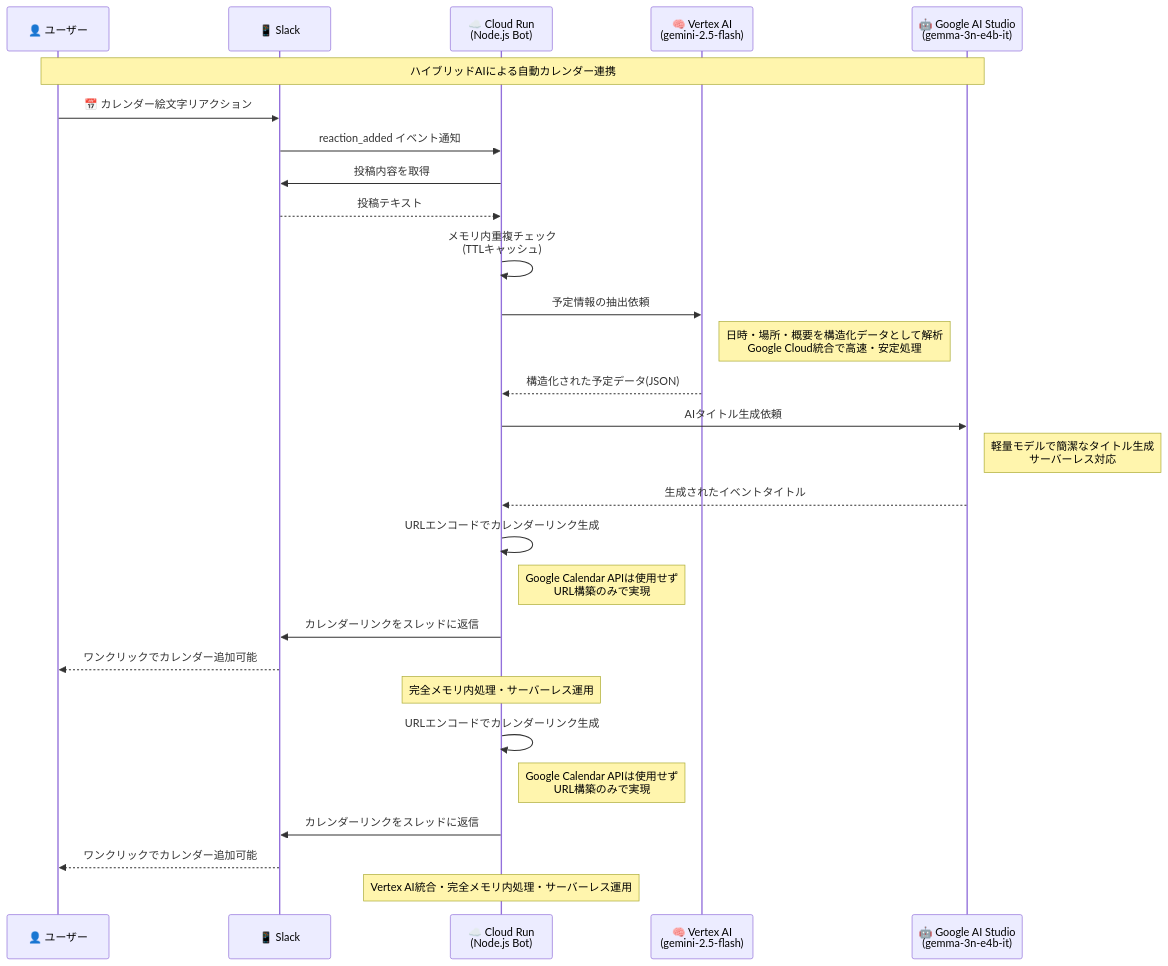
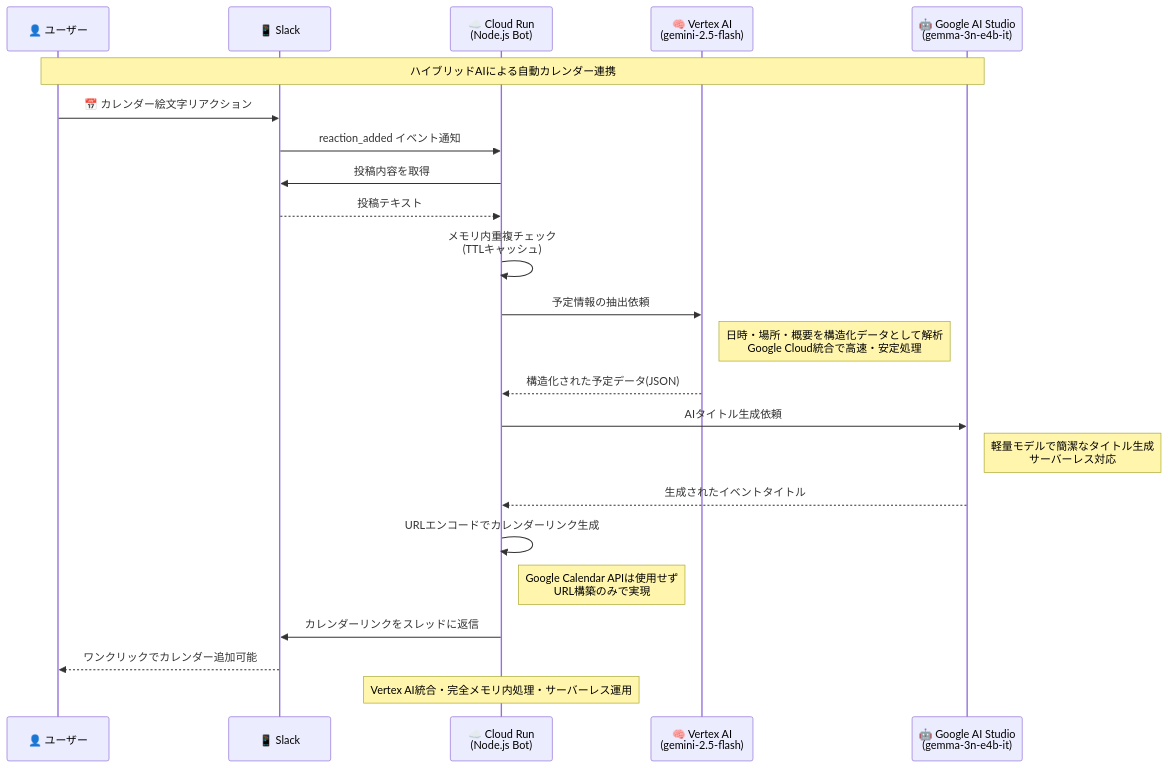
Before and after one commit to matsuvr/calendar-slack-bot: the first of 5 diagrams in README.md, drawn with Mermaid.

````diff
--- a/README.md
+++ b/README.md
@@ -23,42 +23,34 @@
 ```mermaid
 sequenceDiagram
     participant User as 👤 ユーザー
     participant Slack as 📱 Slack
     participant CloudRun as ☁️ Cloud Run<br/>(Node.js Bot)
     participant VertexAI as 🧠 Vertex AI<br/>(gemini-2.5-flash)
     participant GoogleAI as 🤖 Google AI Studio<br/>(gemma-3n-e4b-it)
 
     Note over User,GoogleAI: ハイブリッドAIによる自動カレンダー連携
 
     User->>Slack: 📅 カレンダー絵文字リアクション
     Slack->>CloudRun: reaction_added イベント通知
     
     CloudRun->>Slack: 投稿内容を取得
     Slack-->>CloudRun: 投稿テキスト
     
     CloudRun->>CloudRun: メモリ内重複チェック<br/>(TTLキャッシュ)
     
     CloudRun->>VertexAI: 予定情報の抽出依頼
     Note right of VertexAI: 日時・場所・概要を構造化データとして解析<br/>Google Cloud統合で高速・安定処理
     VertexAI-->>CloudRun: 構造化された予定データ(JSON)
     
     CloudRun->>GoogleAI: AIタイトル生成依頼
     Note right of GoogleAI: 軽量モデルで簡潔なタイトル生成<br/>サーバーレス対応
     GoogleAI-->>CloudRun: 生成されたイベントタイトル
     
     CloudRun->>CloudRun: URLエンコードでカレンダーリンク生成
     Note right of CloudRun: Google Calendar APIは使用せず<br/>URL構築のみで実現
     
     CloudRun->>Slack: カレンダーリンクをスレッドに返信
     Slack-->>User: ワンクリックでカレンダー追加可能
     
-    Note over CloudRun: 完全メモリ内処理・サーバーレス運用
-    
-    CloudRun->>CloudRun: URLエンコードでカレンダーリンク生成
-    Note right of CloudRun: Google Calendar APIは使用せず<br/>URL構築のみで実現
-    
-    CloudRun->>Slack: カレンダーリンクをスレッドに返信
-    Slack-->>User: ワンクリックでカレンダー追加可能
-    
     Note over CloudRun: Vertex AI統合・完全メモリ内処理・サーバーレス運用
 ```
````
